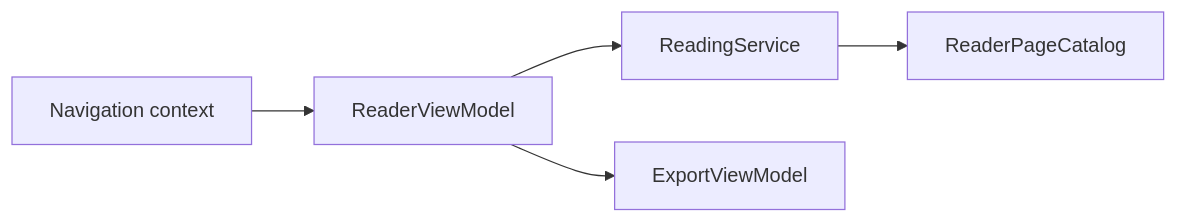
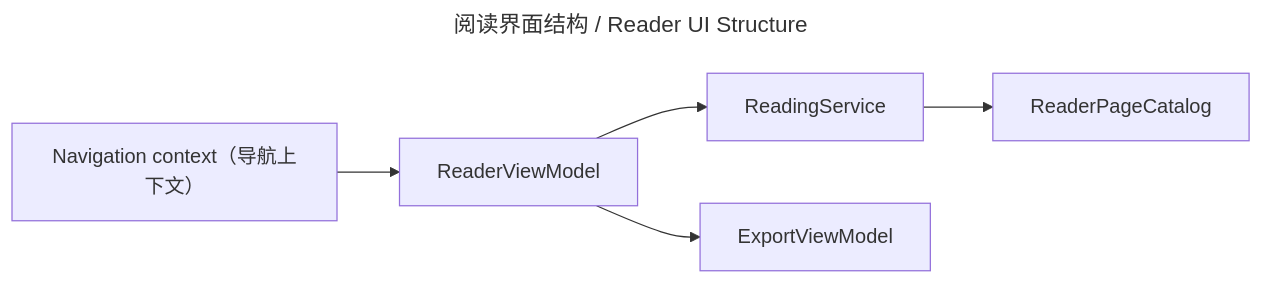
Before and after one commit to peakwheat-pixel/New-Manga: the diagram in wiki/codewiki/reader_ui.md, drawn with Mermaid. The commit also changed 16 other files, not shown here.

Commit message:
docs: apply bilingual diagram policy to CodeWiki diagrams

````diff
--- a/wiki/codewiki/reader_ui.md
+++ b/wiki/codewiki/reader_ui.md
@@ -35,7 +35,10 @@
 ```mermaid
+---
+title: 阅读界面结构 / Reader UI Structure
+---
 flowchart LR
-    NAV["Navigation context"] --> VM["ReaderViewModel"]
+    NAV["Navigation context（导航上下文）"] --> VM["ReaderViewModel"]
     VM --> READING["ReadingService"]
     READING --> CATALOG["ReaderPageCatalog"]
     VM --> EXPORT["ExportViewModel"]
 ```
````
